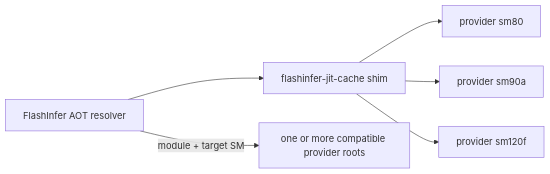
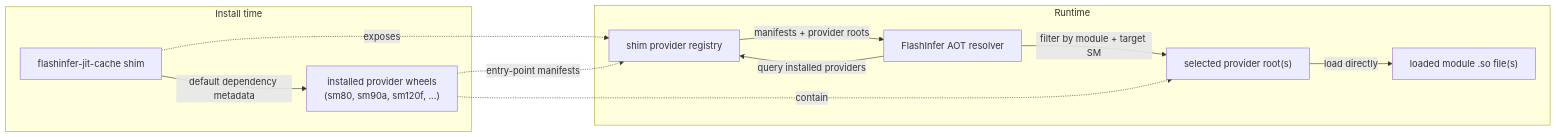
Before and after one commit to flashinfer-ai/flashinfer: the diagram in docs/design_docs/jit_cache_provider_wheels.md, drawn with Mermaid. The commit also changed other lines of this file, not shown here.

Commit message:
docs(jit-cache): clarify provider loading flow

````diff
--- a/docs/design_docs/jit_cache_provider_wheels.md
+++ b/docs/design_docs/jit_cache_provider_wheels.md
@@ -60,8 +60,24 @@
 ```mermaid
 flowchart LR
-    shim["flashinfer-jit-cache shim"] --> sm80["provider sm80"]
-    shim --> sm90["provider sm90a"]
-    shim --> sm120["provider sm120f"]
-    runtime["FlashInfer AOT resolver"] --> shim
-    runtime -->|"module + target SM"| selected["one or more compatible provider roots"]
+    subgraph install["Install time"]
+        shim["flashinfer-jit-cache shim"]
+        wheels["installed provider wheels<br/>(sm80, sm90a, sm120f, ...)"]
+        shim -->|"default dependency metadata"| wheels
+    end
+
+    subgraph runtime["Runtime"]
+        resolver["FlashInfer AOT resolver"]
+        registry["shim provider registry"]
+        selected["selected provider root(s)"]
+        modules["loaded module .so file(s)"]
+
+        resolver -->|"query installed providers"| registry
+        registry -->|"manifests + provider roots"| resolver
+        resolver -->|"filter by module + target SM"| selected
+        selected -->|"load directly"| modules
+    end
+
+    shim -.->|"exposes"| registry
+    wheels -.->|"entry-point manifests"| registry
+    wheels -.->|"contain"| selected
 ```
````
